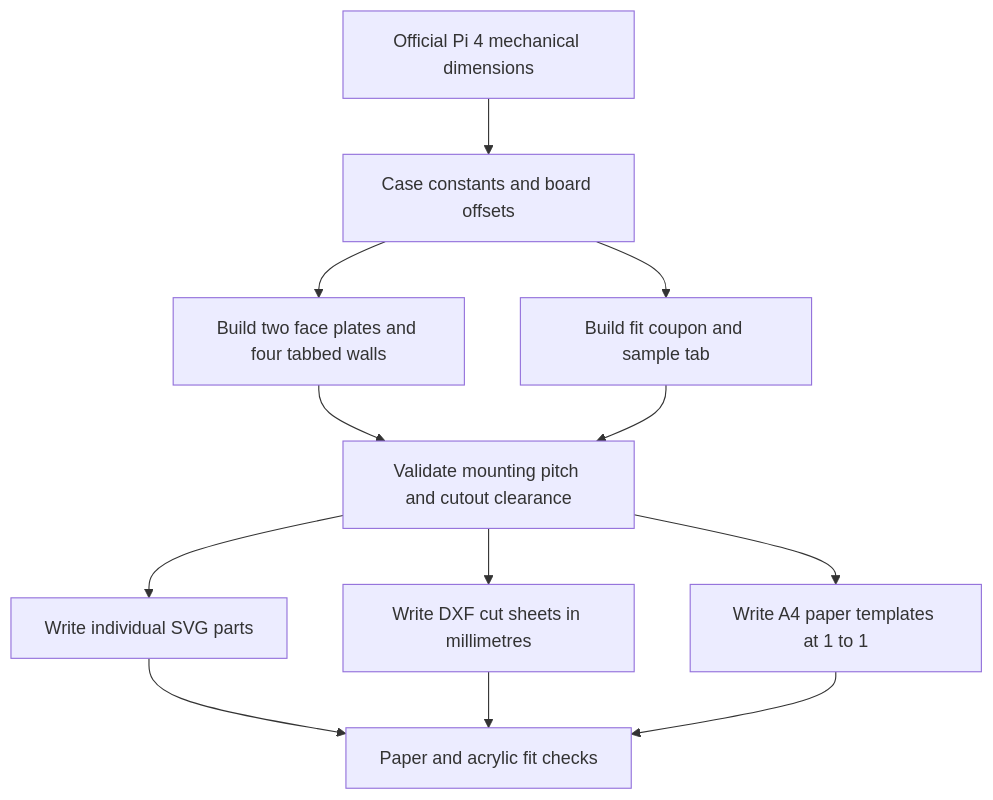
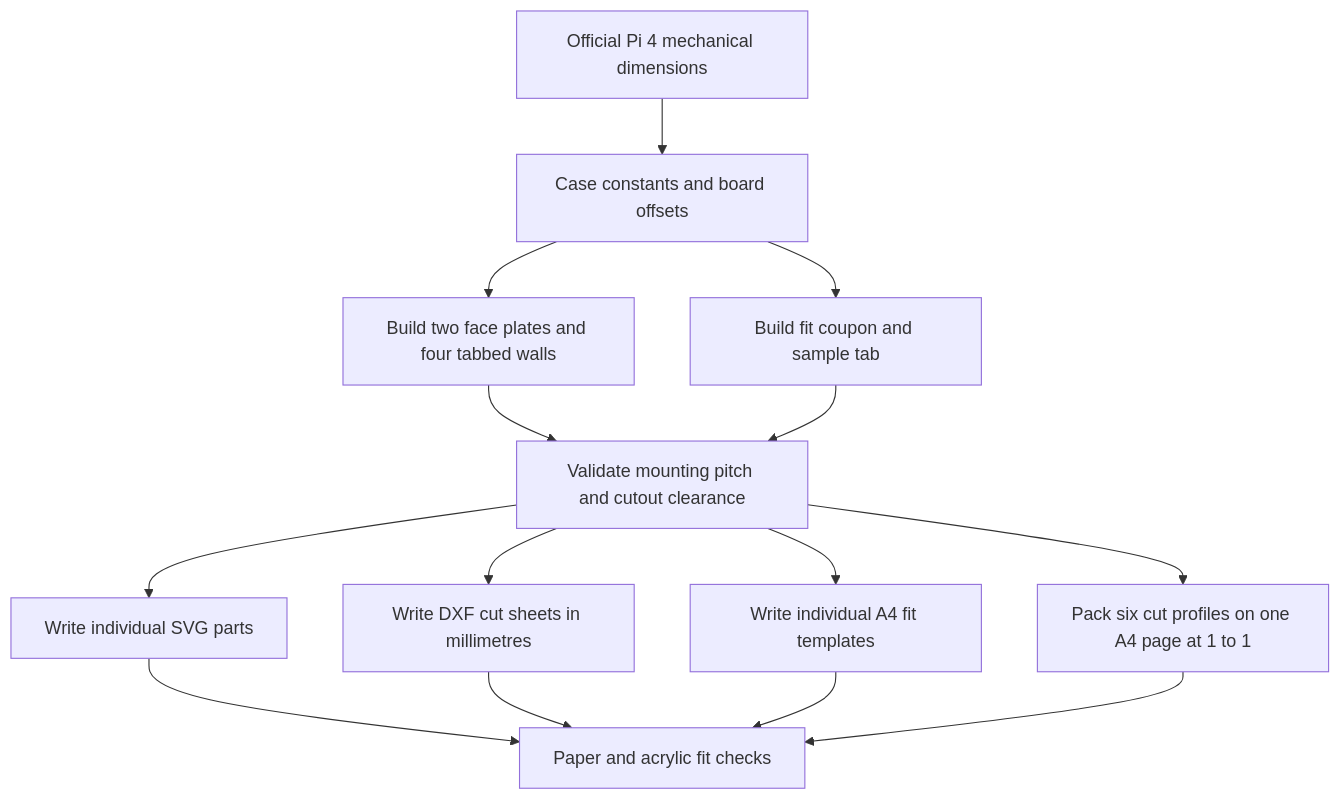
The diagram in Raspberry/V4/docs/diagrams/raspberry-pi-case-generation-flow.md (shaposhnikoff/esp32-s3-5-7-box-cases), drawn with Mermaid before and after one commit. The commit also changed 4 other files, not shown here.

Commit message:
feat: add one-page Raspberry Pi 4 A4 cut layout

````diff
--- a/Raspberry/V4/docs/diagrams/raspberry-pi-case-generation-flow.md
+++ b/Raspberry/V4/docs/diagrams/raspberry-pi-case-generation-flow.md
@@ -3,14 +3,16 @@
 ```mermaid
 flowchart TD
     A[Official Pi 4 mechanical dimensions] --> B[Case constants and board offsets]
     B --> C[Build two face plates and four tabbed walls]
     B --> D[Build fit coupon and sample tab]
     C --> E[Validate mounting pitch and cutout clearance]
     D --> E
     E --> F[Write individual SVG parts]
     E --> G[Write DXF cut sheets in millimetres]
-    E --> H[Write A4 paper templates at 1 to 1]
+    E --> H[Write individual A4 fit templates]
+    E --> J[Pack six cut profiles on one A4 page at 1 to 1]
     F --> I[Paper and acrylic fit checks]
     G --> I
     H --> I
+    J --> I
 ```
````
